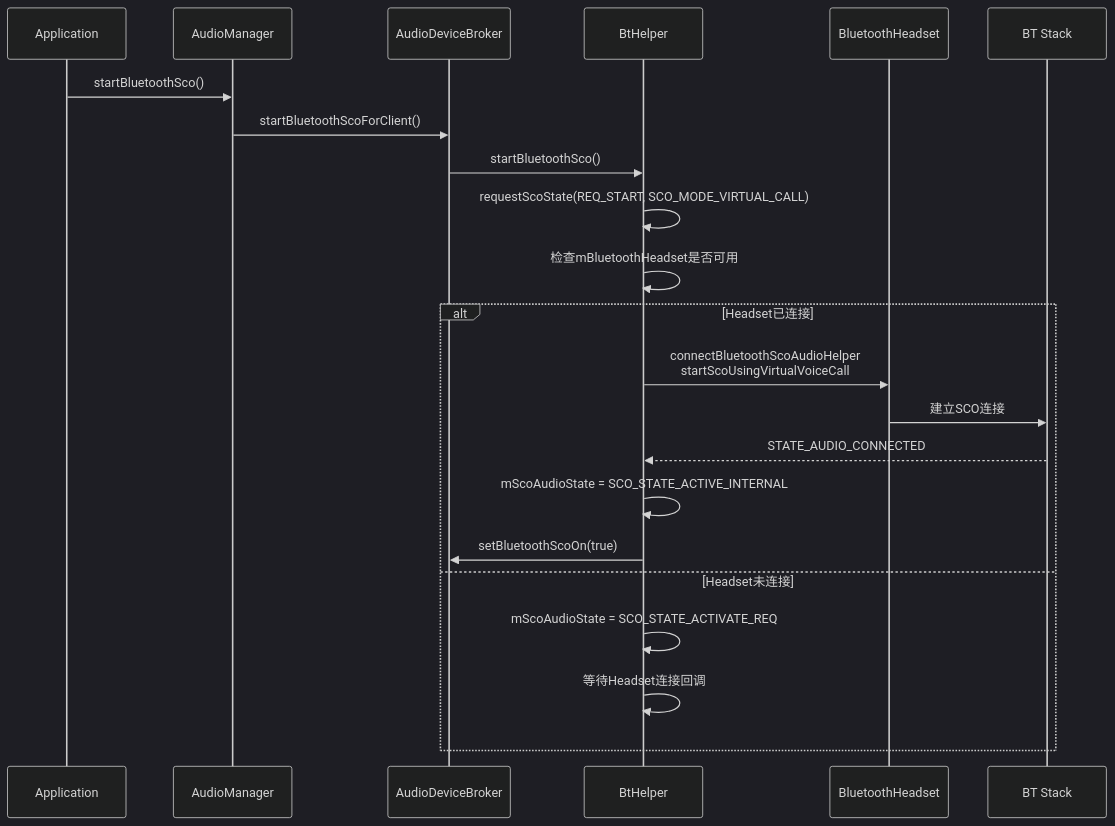
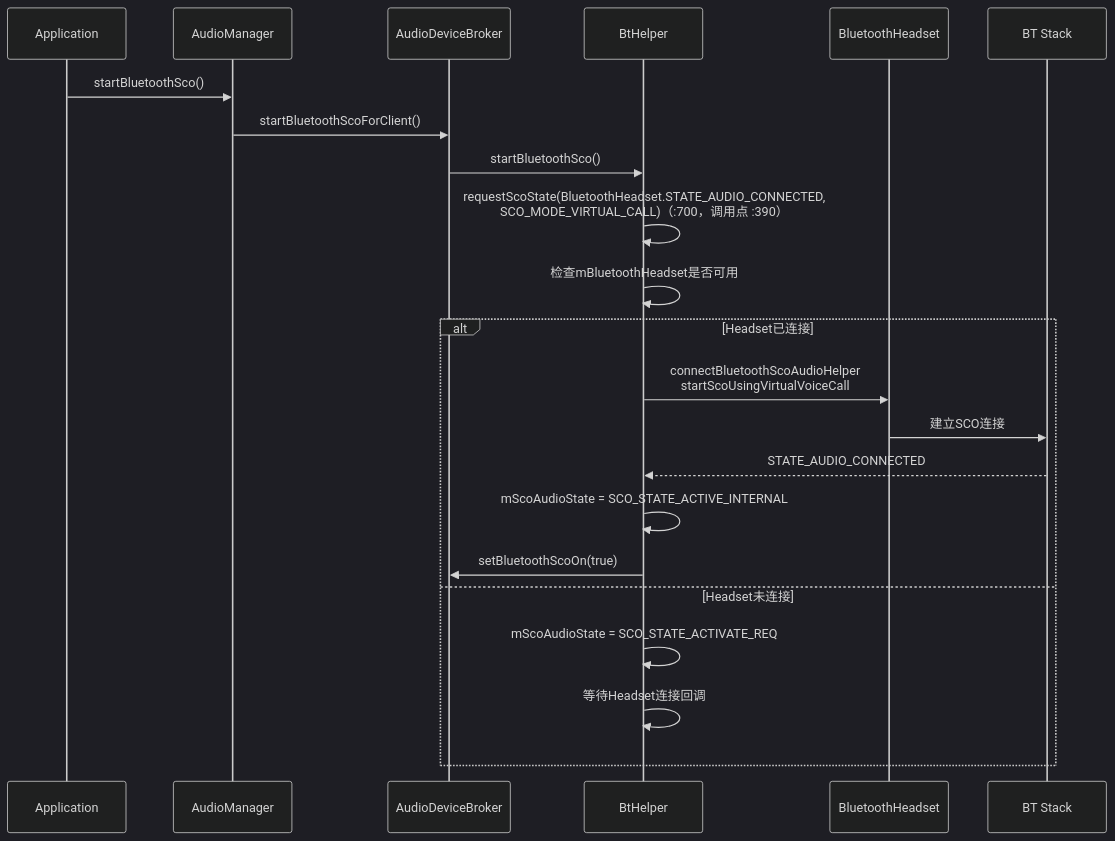
One commit to yanglinzhen1022/SA8295_AAOS_QNX_Audio_KnowledgeBase changed the third of 6 diagrams in 14_Bluetooth_Audio/14_14.4_SCOHFP-通话语音.md. Above: the diagram before and after it, drawn with Mermaid (dark theme). The commit also changed other lines of this file and 10 other files, not shown here.

````diff
--- a/14_Bluetooth_Audio/14_14.4_SCOHFP-通话语音.md
+++ b/14_Bluetooth_Audio/14_14.4_SCOHFP-通话语音.md
@@ -86,25 +86,25 @@
 ```mermaid
 sequenceDiagram
     participant APP as Application
     participant AM as AudioManager
     participant ADB as AudioDeviceBroker
     participant BTH as BtHelper
     participant HFP as BluetoothHeadset
     participant STACK as BT Stack
 
     APP->>AM: startBluetoothSco()
     AM->>ADB: startBluetoothScoForClient()
     ADB->>BTH: startBluetoothSco()
-    BTH->>BTH: requestScoState(REQ_START, SCO_MODE_VIRTUAL_CALL)
+    BTH->>BTH: requestScoState(BluetoothHeadset.STATE_AUDIO_CONNECTED,<br>SCO_MODE_VIRTUAL_CALL)（:700，调用点 :390）
     BTH->>BTH: 检查mBluetoothHeadset是否可用
     alt Headset已连接
         BTH->>HFP: connectBluetoothScoAudioHelper<br>startScoUsingVirtualVoiceCall
         HFP->>STACK: 建立SCO连接
         STACK-->>BTH: STATE_AUDIO_CONNECTED
         BTH->>BTH: mScoAudioState = SCO_STATE_ACTIVE_INTERNAL
         BTH->>ADB: setBluetoothScoOn(true)
     else Headset未连接
         BTH->>BTH: mScoAudioState = SCO_STATE_ACTIVATE_REQ
         BTH->>BTH: 等待Headset连接回调
     end
 ```
````
